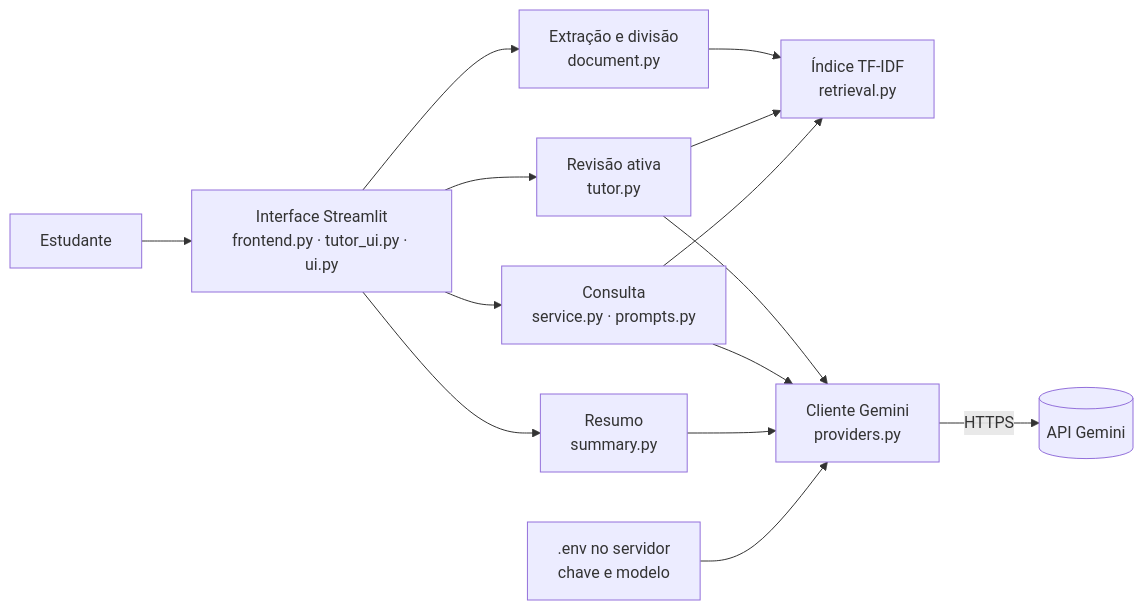
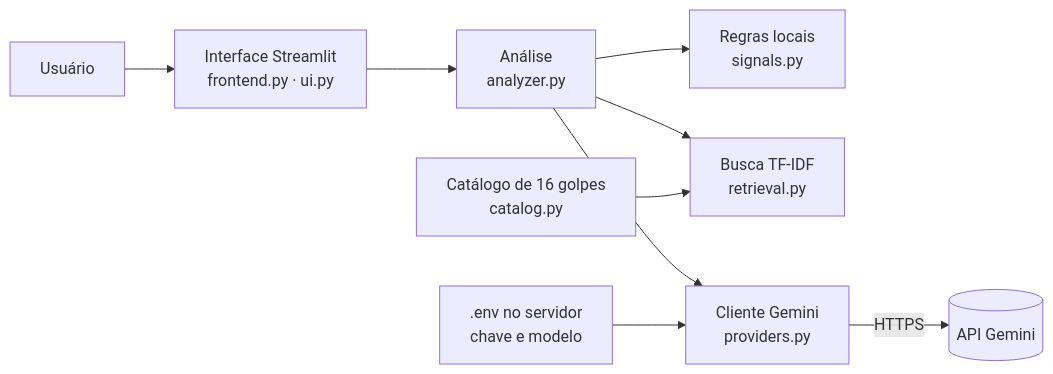
One commit to gustavohleao/alertagolpe changed the second of 3 diagrams in docs/RELATORIO.md. Above: the diagram before and after it, drawn with Mermaid. The commit also changed other lines of this file and 49 other files, not shown here.

````diff
--- a/docs/RELATORIO.md
+++ b/docs/RELATORIO.md
@@ -138,16 +155,11 @@
 ```mermaid
 flowchart LR
-    U[Estudante] --> UI[Interface Streamlit<br/>frontend.py · tutor_ui.py · ui.py]
-    UI --> DOC[Extração e divisão<br/>document.py]
-    DOC --> IDX[Índice TF-IDF<br/>retrieval.py]
-    UI --> TUT[Revisão ativa<br/>tutor.py]
-    UI --> SRV[Consulta<br/>service.py · prompts.py]
-    UI --> SUM[Resumo<br/>summary.py]
-    TUT --> IDX
-    SRV --> IDX
-    TUT --> GEM[Cliente Gemini<br/>providers.py]
-    SRV --> GEM
-    SUM --> GEM
+    U[Usuário] --> UI[Interface Streamlit<br/>frontend.py · ui.py]
+    UI --> AN[Análise<br/>analyzer.py]
+    AN --> SG[Regras locais<br/>signals.py]
+    AN --> IDX[Busca TF-IDF<br/>retrieval.py]
+    CAT[Catálogo de 16 golpes<br/>catalog.py] --> IDX
+    AN --> GEM[Cliente Gemini<br/>providers.py]
     GEM -->|HTTPS| API[(API Gemini)]
     CFG[.env no servidor<br/>chave e modelo] --> GEM
 ```
````
